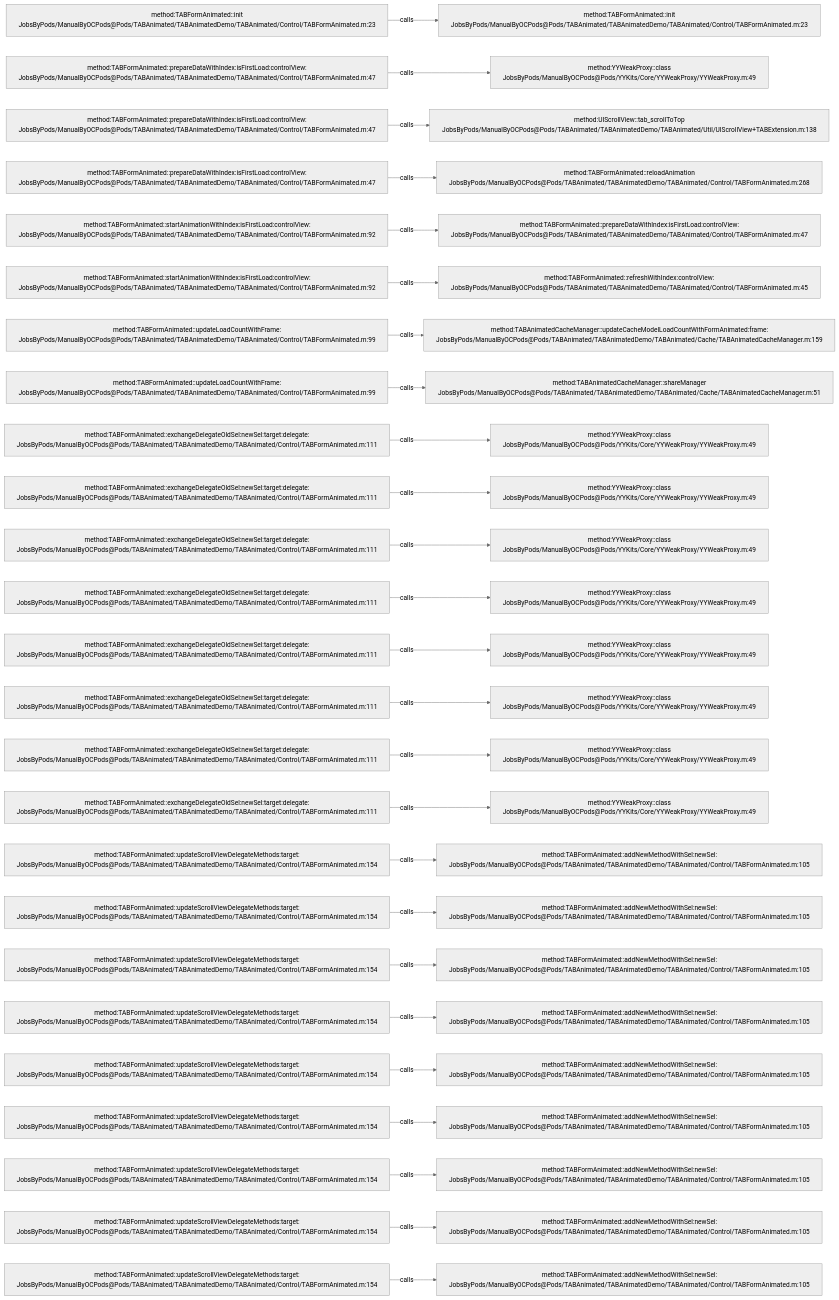
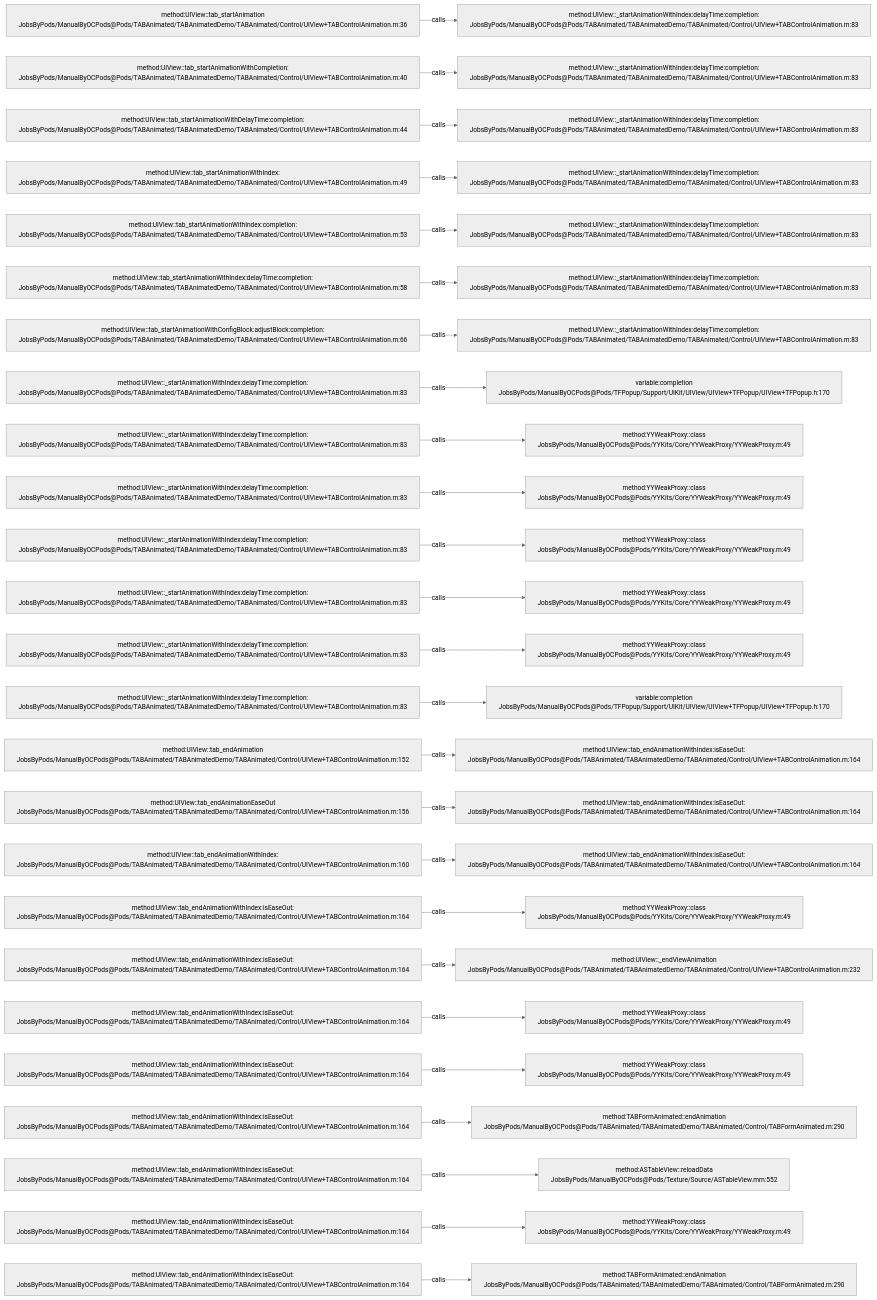
One commit to JobsKits/JobsOCBaseConfigDemo changed the diagram in .codegraph/codegraph.md/graphs/calls-016.md. Above: the diagram before and after it, drawn with Mermaid (neutral theme). The commit also changed 2723 other files, not shown here.

````diff
--- a/.codegraph/codegraph.md/graphs/calls-016.md
+++ b/.codegraph/codegraph.md/graphs/calls-016.md
@@ -13,78 +13,78 @@
 ```mermaid
 flowchart LR
-  S1["method:TABFormAnimated::init<br/>JobsByPods/ManualByOCPods@Pods/TABAnimated/TABAnimatedDemo/TABAnimated/Control/TABFormAnimated.m:23"]
-  T1["method:TABFormAnimated::init<br/>JobsByPods/ManualByOCPods@Pods/TABAnimated/TABAnimatedDemo/TABAnimated/Control/TABFormAnimated.m:23"]
+  S1["method:UIView::tab_startAnimation<br/>JobsByPods/ManualByOCPods@Pods/TABAnimated/TABAnimatedDemo/TABAnimated/Control/UIView+TABControlAnimation.m:36"]
+  T1["method:UIView::_startAnimationWithIndex:delayTime:completion:<br/>JobsByPods/ManualByOCPods@Pods/TABAnimated/TABAnimatedDemo/TABAnimated/Control/UIView+TABControlAnimation.m:83"]
   S1 -->|calls| T1
-  S2["method:TABFormAnimated::prepareDataWithIndex:isFirstLoad:controlView:<br/>JobsByPods/ManualByOCPods@Pods/TABAnimated/TABAnimatedDemo/TABAnimated/Control/TABFormAnimated.m:47"]
-  T2["method:YYWeakProxy::class<br/>JobsByPods/ManualByOCPods@Pods/YYKits/Core/YYWeakProxy/YYWeakProxy.m:49"]
+  S2["method:UIView::tab_startAnimationWithCompletion:<br/>JobsByPods/ManualByOCPods@Pods/TABAnimated/TABAnimatedDemo/TABAnimated/Control/UIView+TABControlAnimation.m:40"]
+  T2["method:UIView::_startAnimationWithIndex:delayTime:completion:<br/>JobsByPods/ManualByOCPods@Pods/TABAnimated/TABAnimatedDemo/TABAnimated/Control/UIView+TABControlAnimation.m:83"]
   S2 -->|calls| T2
-  S3["method:TABFormAnimated::prepareDataWithIndex:isFirstLoad:controlView:<br/>JobsByPods/ManualByOCPods@Pods/TABAnimated/TABAnimatedDemo/TABAnimated/Control/TABFormAnimated.m:47"]
-  T3["method:UIScrollView::tab_scrollToTop<br/>JobsByPods/ManualByOCPods@Pods/TABAnimated/TABAnimatedDemo/TABAnimated/Util/UIScrollView+TABExtension.m:138"]
+  S3["method:UIView::tab_startAnimationWithDelayTime:completion:<br/>JobsByPods/ManualByOCPods@Pods/TABAnimated/TABAnimatedDemo/TABAnimated/Control/UIView+TABControlAnimation.m:44"]
+  T3["method:UIView::_startAnimationWithIndex:delayTime:completion:<br/>JobsByPods/ManualByOCPods@Pods/TABAnimated/TABAnimatedDemo/TABAnimated/Control/UIView+TABControlAnimation.m:83"]
   S3 -->|calls| T3
-  S4["method:TABFormAnimated::prepareDataWithIndex:isFirstLoad:controlView:<br/>JobsByPods/ManualByOCPods@Pods/TABAnimated/TABAnimatedDemo/TABAnimated/Control/TABFormAnimated.m:47"]
-  T4["method:TABFormAnimated::reloadAnimation<br/>JobsByPods/ManualByOCPods@Pods/TABAnimated/TABAnimatedDemo/TABAnimated/Control/TABFormAnimated.m:268"]
+  S4["method:UIView::tab_startAnimationWithIndex:<br/>JobsByPods/ManualByOCPods@Pods/TABAnimated/TABAnimatedDemo/TABAnimated/Control/UIView+TABControlAnimation.m:49"]
+  T4["method:UIView::_startAnimationWithIndex:delayTime:completion:<br/>JobsByPods/ManualByOCPods@Pods/TABAnimated/TABAnimatedDemo/TABAnimated/Control/UIView+TABControlAnimation.m:83"]
   S4 -->|calls| T4
-  S5["method:TABFormAnimated::startAnimationWithIndex:isFirstLoad:controlView:<br/>JobsByPods/ManualByOCPods@Pods/TABAnimated/TABAnimatedDemo/TABAnimated/Control/TABFormAnimated.m:92"]
-  T5["method:TABFormAnimated::prepareDataWithIndex:isFirstLoad:controlView:<br/>JobsByPods/ManualByOCPods@Pods/TABAnimated/TABAnimatedDemo/TABAnimated/Control/TABFormAnimated.m:47"]
+  S5["method:UIView::tab_startAnimationWithIndex:completion:<br/>JobsByPods/ManualByOCPods@Pods/TABAnimated/TABAnimatedDemo/TABAnimated/Control/UIView+TABControlAnimation.m:53"]
+  T5["method:UIView::_startAnimationWithIndex:delayTime:completion:<br/>JobsByPods/ManualByOCPods@Pods/TABAnimated/TABAnimatedDemo/TABAnimated/Control/UIView+TABControlAnimation.m:83"]
   S5 -->|calls| T5
-  S6["method:TABFormAnimated::startAnimationWithIndex:isFirstLoad:controlView:<br/>JobsByPods/ManualByOCPods@Pods/TABAnimated/TABAnimatedDemo/TABAnimated/Control/TABFormAnimated.m:92"]
-  T6["method:TABFormAnimated::refreshWithIndex:controlView:<br/>JobsByPods/ManualByOCPods@Pods/TABAnimated/TABAnimatedDemo/TABAnimated/Control/TABFormAnimated.m:45"]
+  S6["method:UIView::tab_startAnimationWithIndex:delayTime:completion:<br/>JobsByPods/ManualByOCPods@Pods/TABAnimated/TABAnimatedDemo/TABAnimated/Control/UIView+TABControlAnimation.m:58"]
+  T6["method:UIView::_startAnimationWithIndex:delayTime:completion:<br/>JobsByPods/ManualByOCPods@Pods/TABAnimated/TABAnimatedDemo/TABAnimated/Control/UIView+TABControlAnimation.m:83"]
   S6 -->|calls| T6
-  S7["method:TABFormAnimated::updateLoadCountWithFrame:<br/>JobsByPods/ManualByOCPods@Pods/TABAnimated/TABAnimatedDemo/TABAnimated/Control/TABFormAnimated.m:99"]
-  T7["method:TABAnimatedCacheManager::updateCacheModelLoadCountWithFormAnimated:frame:<br/>JobsByPods/ManualByOCPods@Pods/TABAnimated/TABAnimatedDemo/TABAnimated/Cache/TABAnimatedCacheManager.m:159"]
+  S7["method:UIView::tab_startAnimationWithConfigBlock:adjustBlock:completion:<br/>JobsByPods/ManualByOCPods@Pods/TABAnimated/TABAnimatedDemo/TABAnimated/Control/UIView+TABControlAnimation.m:66"]
+  T7["method:UIView::_startAnimationWithIndex:delayTime:completion:<br/>JobsByPods/ManualByOCPods@Pods/TABAnimated/TABAnimatedDemo/TABAnimated/Control/UIView+TABControlAnimation.m:83"]
   S7 -->|calls| T7
-  S8["method:TABFormAnimated::updateLoadCountWithFrame:<br/>JobsByPods/ManualByOCPods@Pods/TABAnimated/TABAnimatedDemo/TABAnimated/Control/TABFormAnimated.m:99"]
-  T8["method:TABAnimatedCacheManager::shareManager<br/>JobsByPods/ManualByOCPods@Pods/TABAnimated/TABAnimatedDemo/TABAnimated/Cache/TABAnimatedCacheManager.m:51"]
+  S8["method:UIView::_startAnimationWithIndex:delayTime:completion:<br/>JobsByPods/ManualByOCPods@Pods/TABAnimated/TABAnimatedDemo/TABAnimated/Control/UIView+TABControlAnimation.m:83"]
+  T8["variable:completion<br/>JobsByPods/ManualByOCPods@Pods/TFPopup/Support/UIKit/UIView/UIView+TFPopup/UIView+TFPopup.h:170"]
   S8 -->|calls| T8
-  S9["method:TABFormAnimated::exchangeDelegateOldSel:newSel:target:delegate:<br/>JobsByPods/ManualByOCPods@Pods/TABAnimated/TABAnimatedDemo/TABAnimated/Control/TABFormAnimated.m:111"]
+  S9["method:UIView::_startAnimationWithIndex:delayTime:completion:<br/>JobsByPods/ManualByOCPods@Pods/TABAnimated/TABAnimatedDemo/TABAnimated/Control/UIView+TABControlAnimation.m:83"]
   T9["method:YYWeakProxy::class<br/>JobsByPods/ManualByOCPods@Pods/YYKits/Core/YYWeakProxy/YYWeakProxy.m:49"]
   S9 -->|calls| T9
-  S10["method:TABFormAnimated::exchangeDelegateOldSel:newSel:target:delegate:<br/>JobsByPods/ManualByOCPods@Pods/TABAnimated/TABAnimatedDemo/TABAnimated/Control/TABFormAnimated.m:111"]
+  S10["method:UIView::_startAnimationWithIndex:delayTime:completion:<br/>JobsByPods/ManualByOCPods@Pods/TABAnimated/TABAnimatedDemo/TABAnimated/Control/UIView+TABControlAnimation.m:83"]
   T10["method:YYWeakProxy::class<br/>JobsByPods/ManualByOCPods@Pods/YYKits/Core/YYWeakProxy/YYWeakProxy.m:49"]
   S10 -->|calls| T10
-  S11["method:TABFormAnimated::exchangeDelegateOldSel:newSel:target:delegate:<br/>JobsByPods/ManualByOCPods@Pods/TABAnimated/TABAnimatedDemo/TABAnimated/Control/TABFormAnimated.m:111"]
+  S11["method:UIView::_startAnimationWithIndex:delayTime:completion:<br/>JobsByPods/ManualByOCPods@Pods/TABAnimated/TABAnimatedDemo/TABAnimated/Control/UIView+TABControlAnimation.m:83"]
   T11["method:YYWeakProxy::class<br/>JobsByPods/ManualByOCPods@Pods/YYKits/Core/YYWeakProxy/YYWeakProxy.m:49"]
   S11 -->|calls| T11
-  S12["method:TABFormAnimated::exchangeDelegateOldSel:newSel:target:delegate:<br/>JobsByPods/ManualByOCPods@Pods/TABAnimated/TABAnimatedDemo/TABAnimated/Control/TABFormAnimated.m:111"]
+  S12["method:UIView::_startAnimationWithIndex:delayTime:completion:<br/>JobsByPods/ManualByOCPods@Pods/TABAnimated/TABAnimatedDemo/TABAnimated/Control/UIView+TABControlAnimation.m:83"]
   T12["method:YYWeakProxy::class<br/>JobsByPods/ManualByOCPods@Pods/YYKits/Core/YYWeakProxy/YYWeakProxy.m:49"]
   S12 -->|calls| T12
-  S13["method:TABFormAnimated::exchangeDelegateOldSel:newSel:target:delegate:<br/>JobsByPods/ManualByOCPods@Pods/TABAnimated/TABAnimatedDemo/TABAnimated/Control/TABFormAnimated.m:111"]
+  S13["method:UIView::_startAnimationWithIndex:delayTime:completion:<br/>JobsByPods/ManualByOCPods@Pods/TABAnimated/TABAnimatedDemo/TABAnimated/Control/UIView+TABControlAnimation.m:83"]
   T13["method:YYWeakProxy::class<br/>JobsByPods/ManualByOCPods@Pods/YYKits/Core/YYWeakProxy/YYWeakProxy.m:49"]
   S13 -->|calls| T13
-  S14["method:TABFormAnimated::exchangeDelegateOldSel:newSel:target:delegate:<br/>JobsByPods/ManualByOCPods@Pods/TABAnimated/TABAnimatedDemo/TABAnimated/Control/TABFormAnimated.m:111"]
-  T14["method:YYWeakProxy::class<br/>JobsByPods/ManualByOCPods@Pods/YYKits/Core/YYWeakProxy/YYWeakProxy.m:49"]
+  S14["method:UIView::_startAnimationWithIndex:delayTime:completion:<br/>JobsByPods/ManualByOCPods@Pods/TABAnimated/TABAnimatedDemo/TABAnimated/Control/UIView+TABControlAnimation.m:83"]
+  T14["variable:completion<br/>JobsByPods/ManualByOCPods@Pods/TFPopup/Support/UIKit/UIView/UIView+TFPopup/UIView+TFPopup.h:170"]
   S14 -->|calls| T14
-  S15["method:TABFormAnimated::exchangeDelegateOldSel:newSel:target:delegate:<br/>JobsByPods/ManualByOCPods@Pods/TABAnimated/TABAnimatedDemo/TABAnimated/Control/TABFormAnimated.m:111"]
-  T15["method:YYWeakProxy::class<br/>JobsByPods/ManualByOCPods@Pods/YYKits/Core/YYWeakProxy/YYWeakProxy.m:49"]
+  S15["method:UIView::tab_endAnimation<br/>JobsByPods/ManualByOCPods@Pods/TABAnimated/TABAnimatedDemo/TABAnimated/Control/UIView+TABControlAnimation.m:152"]
+  T15["method:UIView::tab_endAnimationWithIndex:isEaseOut:<br/>JobsByPods/ManualByOCPods@Pods/TABAnimated/TABAnimatedDemo/TABAnimated/Control/UIView+TABControlAnimation.m:164"]
   S15 -->|calls| T15
-  S16["method:TABFormAnimated::exchangeDelegateOldSel:newSel:target:delegate:<br/>JobsByPods/ManualByOCPods@Pods/TABAnimated/TABAnimatedDemo/TABAnimated/Control/TABFormAnimated.m:111"]
-  T16["method:YYWeakProxy::class<br/>JobsByPods/ManualByOCPods@Pods/YYKits/Core/YYWeakProxy/YYWeakProxy.m:49"]
+  S16["method:UIView::tab_endAnimationEaseOut<br/>JobsByPods/ManualByOCPods@Pods/TABAnimated/TABAnimatedDemo/TABAnimated/Control/UIView+TABControlAnimation.m:156"]
+  T16["method:UIView::tab_endAnimationWithIndex:isEaseOut:<br/>JobsByPods/ManualByOCPods@Pods/TABAnimated/TABAnimatedDemo/TABAnimated/Control/UIView+TABControlAnimation.m:164"]
   S16 -->|calls| T16
-  S17["method:TABFormAnimated::updateScrollViewDelegateMethods:target:<br/>JobsByPods/ManualByOCPods@Pods/TABAnimated/TABAnimatedDemo/TABAnimated/Control/TABFormAnimated.m:154"]
-  T17["method:TABFormAnimated::addNewMethodWithSel:newSel:<br/>JobsByPods/ManualByOCPods@Pods/TABAnimated/TABAnimatedDemo/TABAnimated/Control/TABFormAnimated.m:105"]
+  S17["method:UIView::tab_endAnimationWithIndex:<br/>JobsByPods/ManualByOCPods@Pods/TABAnimated/TABAnimatedDemo/TABAnimated/Control/UIView+TABControlAnimation.m:160"]
+  T17["method:UIView::tab_endAnimationWithIndex:isEaseOut:<br/>JobsByPods/ManualByOCPods@Pods/TABAnimated/TABAnimatedDemo/TABAnimated/Control/UIView+TABControlAnimation.m:164"]
   S17 -->|calls| T17
-  S18["method:TABFormAnimated::updateScrollViewDelegateMethods:target:<br/>JobsByPods/ManualByOCPods@Pods/TABAnimated/TABAnimatedDemo/TABAnimated/Control/TABFormAnimated.m:154"]
-  T18["method:TABFormAnimated::addNewMethodWithSel:newSel:<br/>JobsByPods/ManualByOCPods@Pods/TABAnimated/TABAnimatedDemo/TABAnimated/Control/TABFormAnimated.m:105"]
+  S18["method:UIView::tab_endAnimationWithIndex:isEaseOut:<br/>JobsByPods/ManualByOCPods@Pods/TABAnimated/TABAnimatedDemo/TABAnimated/Control/UIView+TABControlAnimation.m:164"]
+  T18["method:YYWeakProxy::class<br/>JobsByPods/ManualByOCPods@Pods/YYKits/Core/YYWeakProxy/YYWeakProxy.m:49"]
   S18 -->|calls| T18
-  S19["method:TABFormAnimated::updateScrollViewDelegateMethods:target:<br/>JobsByPods/ManualByOCPods@Pods/TABAnimated/TABAnimatedDemo/TABAnimated/Control/TABFormAnimated.m:154"]
-  T19["method:TABFormAnimated::addNewMethodWithSel:newSel:<br/>JobsByPods/ManualByOCPods@Pods/TABAnimated/TABAnimatedDemo/TABAnimated/Control/TABFormAnimated.m:105"]
+  S19["method:UIView::tab_endAnimationWithIndex:isEaseOut:<br/>JobsByPods/ManualByOCPods@Pods/TABAnimated/TABAnimatedDemo/TABAnimated/Control/UIView+TABControlAnimation.m:164"]
+  T19["method:UIView::_endViewAnimation<br/>JobsByPods/ManualByOCPods@Pods/TABAnimated/TABAnimatedDemo/TABAnimated/Control/UIView+TABControlAnimation.m:232"]
   S19 -->|calls| T19
-  S20["method:TABFormAnimated::updateScrollViewDelegateMethods:target:<br/>JobsByPods/ManualByOCPods@Pods/TABAnimated/TABAnimatedDemo/TABAnimated/Control/TABFormAnimated.m:154"]
-  T20["method:TABFormAnimated::addNewMethodWithSel:newSel:<br/>JobsByPods/ManualByOCPods@Pods/TABAnimated/TABAnimatedDemo/TABAnimated/Control/TABFormAnimated.m:105"]
+  S20["method:UIView::tab_endAnimationWithIndex:isEaseOut:<br/>JobsByPods/ManualByOCPods@Pods/TABAnimated/TABAnimatedDemo/TABAnimated/Control/UIView+TABControlAnimation.m:164"]
+  T20["method:YYWeakProxy::class<br/>JobsByPods/ManualByOCPods@Pods/YYKits/Core/YYWeakProxy/YYWeakProxy.m:49"]
   S20 -->|calls| T20
-  S21["method:TABFormAnimated::updateScrollViewDelegateMethods:target:<br/>JobsByPods/ManualByOCPods@Pods/TABAnimated/TABAnimatedDemo/TABAnimated/Control/TABFormAnimated.m:154"]
-  T21["method:TABFormAnimated::addNewMethodWithSel:newSel:<br/>JobsByPods/ManualByOCPods@Pods/TABAnimated/TABAnimatedDemo/TABAnimated/Control/TABFormAnimated.m:105"]
+  S21["method:UIView::tab_endAnimationWithIndex:isEaseOut:<br/>JobsByPods/ManualByOCPods@Pods/TABAnimated/TABAnimatedDemo/TABAnimated/Control/UIView+TABControlAnimation.m:164"]
+  T21["method:YYWeakProxy::class<br/>JobsByPods/ManualByOCPods@Pods/YYKits/Core/YYWeakProxy/YYWeakProxy.m:49"]
   S21 -->|calls| T21
-  S22["method:TABFormAnimated::updateScrollViewDelegateMethods:target:<br/>JobsByPods/ManualByOCPods@Pods/TABAnimated/TABAnimatedDemo/TABAnimated/Control/TABFormAnimated.m:154"]
-  T22["method:TABFormAnimated::addNewMethodWithSel:newSel:<br/>JobsByPods/ManualByOCPods@Pods/TABAnimated/TABAnimatedDemo/TABAnimated/Control/TABFormAnimated.m:105"]
+  S22["method:UIView::tab_endAnimationWithIndex:isEaseOut:<br/>JobsByPods/ManualByOCPods@Pods/TABAnimated/TABAnimatedDemo/TABAnimated/Control/UIView+TABControlAnimation.m:164"]
+  T22["method:TABFormAnimated::endAnimation<br/>JobsByPods/ManualByOCPods@Pods/TABAnimated/TABAnimatedDemo/TABAnimated/Control/TABFormAnimated.m:290"]
   S22 -->|calls| T22
-  S23["method:TABFormAnimated::updateScrollViewDelegateMethods:target:<br/>JobsByPods/ManualByOCPods@Pods/TABAnimated/TABAnimatedDemo/TABAnimated/Control/TABFormAnimated.m:154"]
-  T23["method:TABFormAnimated::addNewMethodWithSel:newSel:<br/>JobsByPods/ManualByOCPods@Pods/TABAnimated/TABAnimatedDemo/TABAnimated/Control/TABFormAnimated.m:105"]
+  S23["method:UIView::tab_endAnimationWithIndex:isEaseOut:<br/>JobsByPods/ManualByOCPods@Pods/TABAnimated/TABAnimatedDemo/TABAnimated/Control/UIView+TABControlAnimation.m:164"]
+  T23["method:ASTableView::reloadData<br/>JobsByPods/ManualByOCPods@Pods/Texture/Source/ASTableView.mm:552"]
   S23 -->|calls| T23
-  S24["method:TABFormAnimated::updateScrollViewDelegateMethods:target:<br/>JobsByPods/ManualByOCPods@Pods/TABAnimated/TABAnimatedDemo/TABAnimated/Control/TABFormAnimated.m:154"]
-  T24["method:TABFormAnimated::addNewMethodWithSel:newSel:<br/>JobsByPods/ManualByOCPods@Pods/TABAnimated/TABAnimatedDemo/TABAnimated/Control/TABFormAnimated.m:105"]
+  S24["method:UIView::tab_endAnimationWithIndex:isEaseOut:<br/>JobsByPods/ManualByOCPods@Pods/TABAnimated/TABAnimatedDemo/TABAnimated/Control/UIView+TABControlAnimation.m:164"]
+  T24["method:YYWeakProxy::class<br/>JobsByPods/ManualByOCPods@Pods/YYKits/Core/YYWeakProxy/YYWeakProxy.m:49"]
   S24 -->|calls| T24
-  S25["method:TABFormAnimated::updateScrollViewDelegateMethods:target:<br/>JobsByPods/ManualByOCPods@Pods/TABAnimated/TABAnimatedDemo/TABAnimated/Control/TABFormAnimated.m:154"]
-  T25["method:TABFormAnimated::addNewMethodWithSel:newSel:<br/>JobsByPods/ManualByOCPods@Pods/TABAnimated/TABAnimatedDemo/TABAnimated/Control/TABFormAnimated.m:105"]
+  S25["method:UIView::tab_endAnimationWithIndex:isEaseOut:<br/>JobsByPods/ManualByOCPods@Pods/TABAnimated/TABAnimatedDemo/TABAnimated/Control/UIView+TABControlAnimation.m:164"]
+  T25["method:TABFormAnimated::endAnimation<br/>JobsByPods/ManualByOCPods@Pods/TABAnimated/TABAnimatedDemo/TABAnimated/Control/TABFormAnimated.m:290"]
   S25 -->|calls| T25
 ```
````
